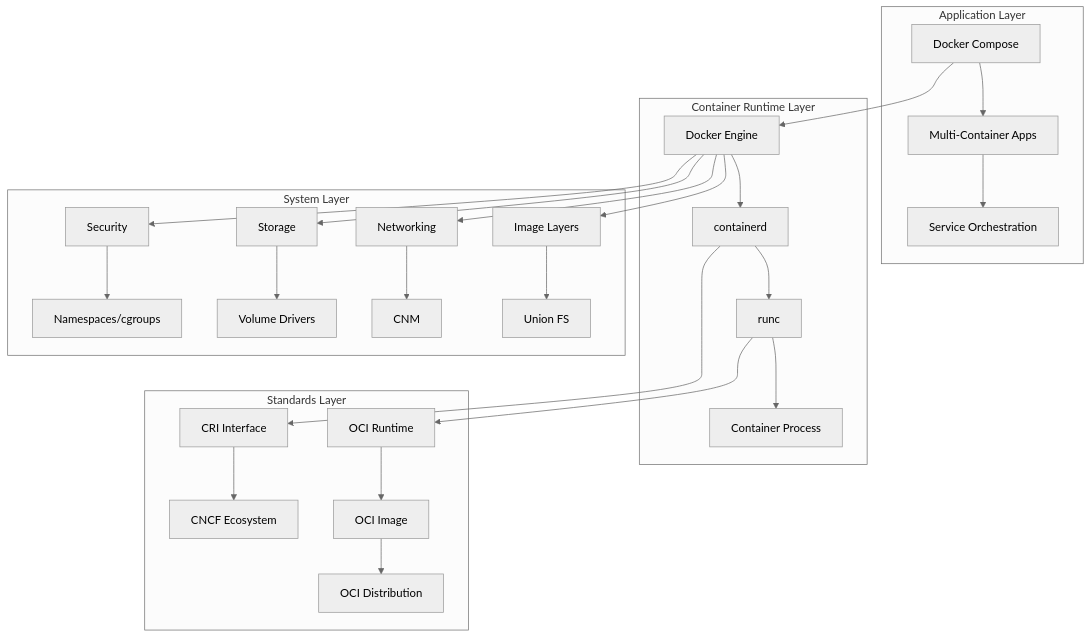
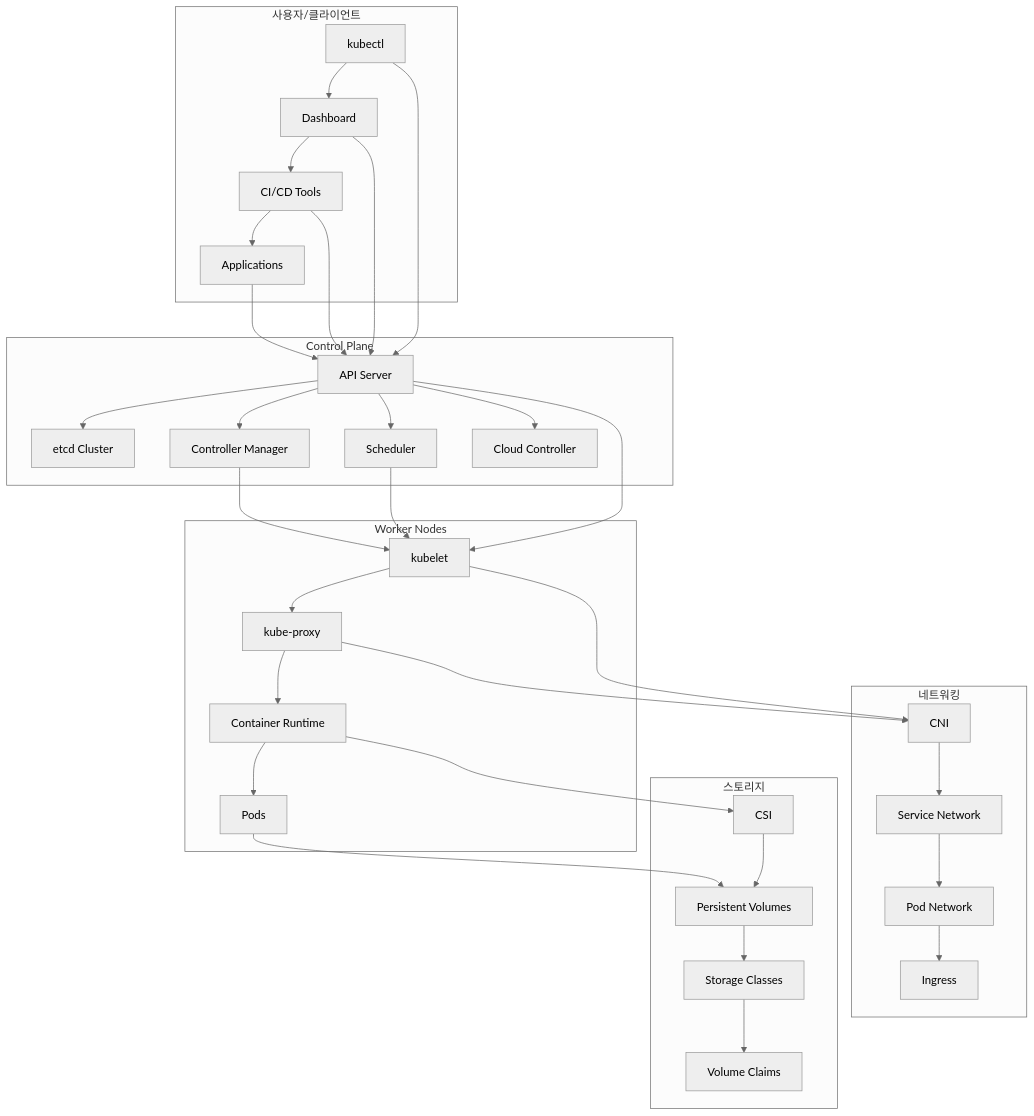
The first of 5 diagrams in week_02/day_01/session_08.md (niceguy61/kdt_devops_lecture_2025), drawn with Mermaid (neutral theme) before and after one commit. The commit also changed other lines of this file and 38 other files, not shown here.

````diff
--- a/week_02/day_01/session_08.md
+++ b/week_02/day_01/session_08.md
@@ -15,34 +16,47 @@
 ```mermaid
 graph TB
-    subgraph "Application Layer"
-        A[Docker Compose] --> B[Multi-Container Apps]
-        B --> C[Service Orchestration]
+    subgraph "사용자/클라이언트"
+        A[kubectl] --> B[Dashboard]
+        B --> C[CI/CD Tools]
+        C --> D[Applications]
     end
     
-    subgraph "Container Runtime Layer"
-        D[Docker Engine] --> E[containerd]
-        E --> F[runc]
-        F --> G[Container Process]
+    subgraph "Control Plane"
+        E[API Server] --> F[etcd Cluster]
+        E --> G[Scheduler]
+        E --> H[Controller Manager]
+        E --> I[Cloud Controller]
     end
     
-    subgraph "System Layer"
-        H[Image Layers] --> I[Union FS]
-        J[Networking] --> K[CNM]
-        L[Storage] --> M[Volume Drivers]
-        N[Security] --> O[Namespaces/cgroups]
+    subgraph "Worker Nodes"
+        J[kubelet] --> K[kube-proxy]
+        K --> L[Container Runtime]
+        L --> M[Pods]
     end
     
-    subgraph "Standards Layer"
-        P[OCI Runtime] --> Q[OCI Image]
-        Q --> R[OCI Distribution]
-        S[CRI Interface] --> T[CNCF Ecosystem]
+    subgraph "네트워킹"
+        N[CNI] --> O[Service Network]
+        O --> P[Pod Network]
+        P --> Q[Ingress]
     end
     
-    A --> D
-    D --> H
-    D --> J
-    D --> L
-    D --> N
-    F --> P
-    E --> S
+    subgraph "스토리지"
+        R[CSI] --> S[Persistent Volumes]
+        S --> T[Storage Classes]
+        T --> U[Volume Claims]
+    end
+    
+    A --> E
+    B --> E
+    C --> E
+    D --> E
+    
+    E --> J
+    G --> J
+    H --> J
+    
+    J --> N
+    K --> N
+    L --> R
+    M --> S
 ```
````
